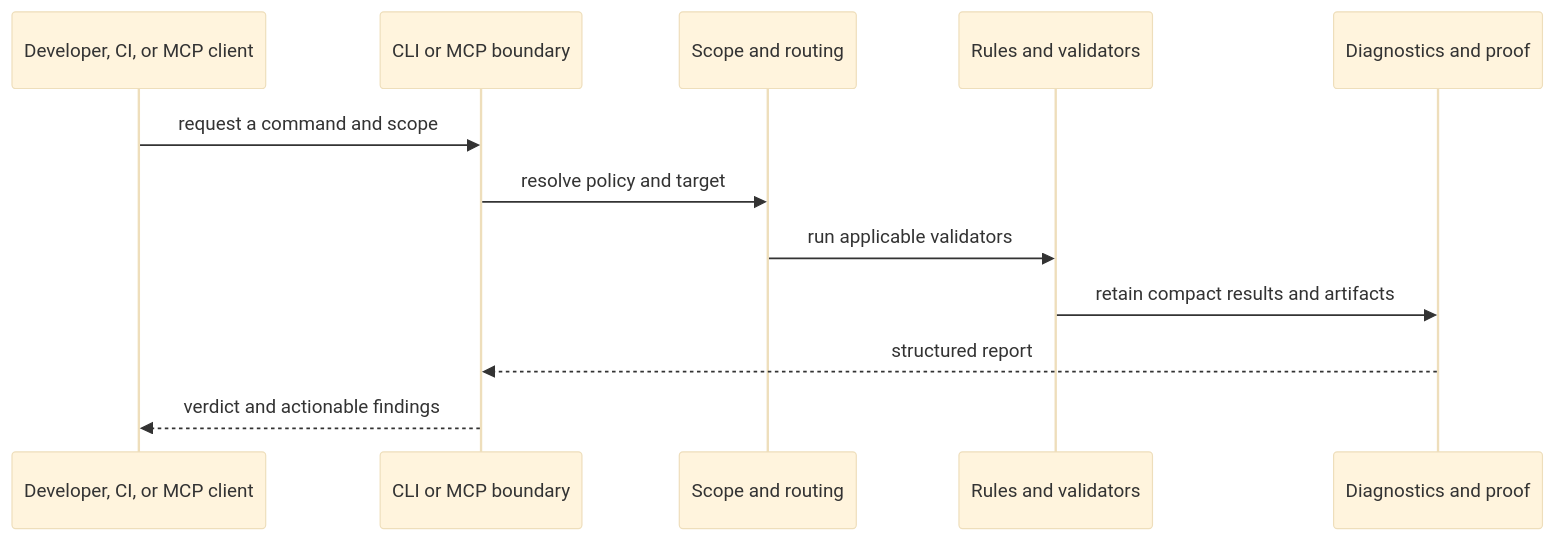
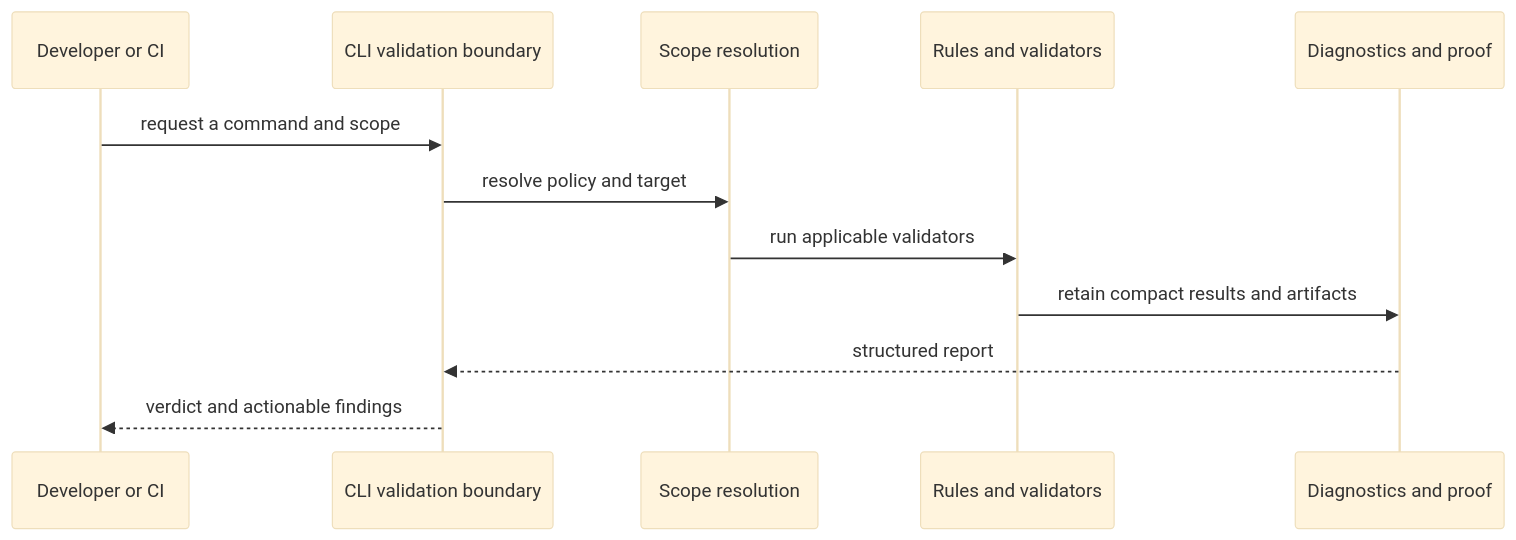
The diagram in docs/ARCHITECTURE.md (ocentra/ocentra-enforcer), drawn with Mermaid (base theme) before and after one commit. The commit also changed other lines of this file and 1360 other files, not shown here.

````diff
--- a/docs/ARCHITECTURE.md
+++ b/docs/ARCHITECTURE.md
@@ -22,15 +22,15 @@
 ```mermaid
 sequenceDiagram
-  participant Client as Developer, CI, or MCP client
-  participant Boundary as CLI or MCP boundary
-  participant Router as Scope and routing
+  participant Client as Developer or CI
+  participant Boundary as CLI validation boundary
+  participant Scope as Scope resolution
   participant Engine as Rules and validators
   participant Journal as Diagnostics and proof
 
   Client->>Boundary: request a command and scope
-  Boundary->>Router: resolve policy and target
-  Router->>Engine: run applicable validators
+  Boundary->>Scope: resolve policy and target
+  Scope->>Engine: run applicable validators
   Engine->>Journal: retain compact results and artifacts
   Journal-->>Boundary: structured report
   Boundary-->>Client: verdict and actionable findings
 ```
````
